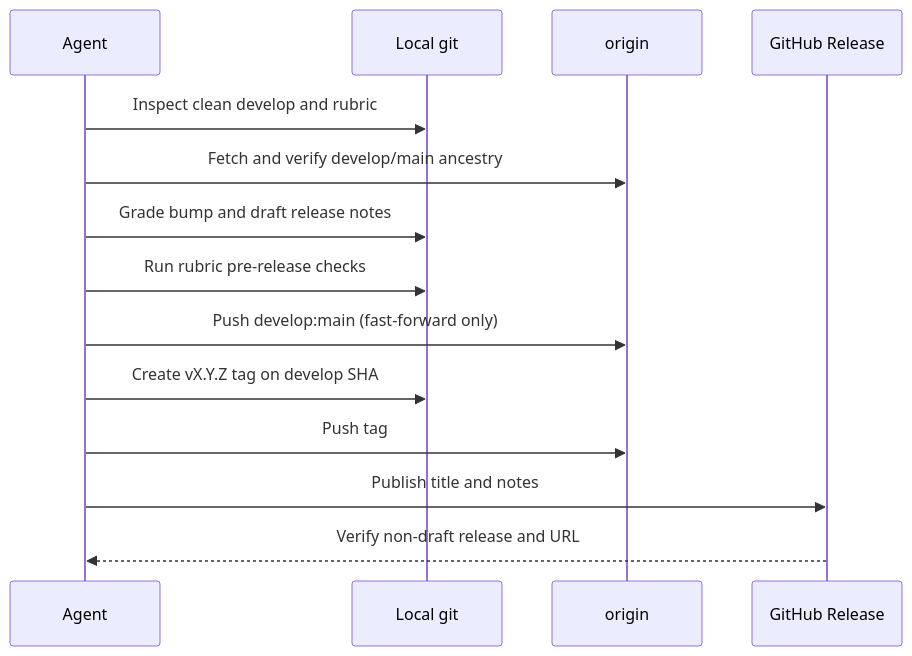
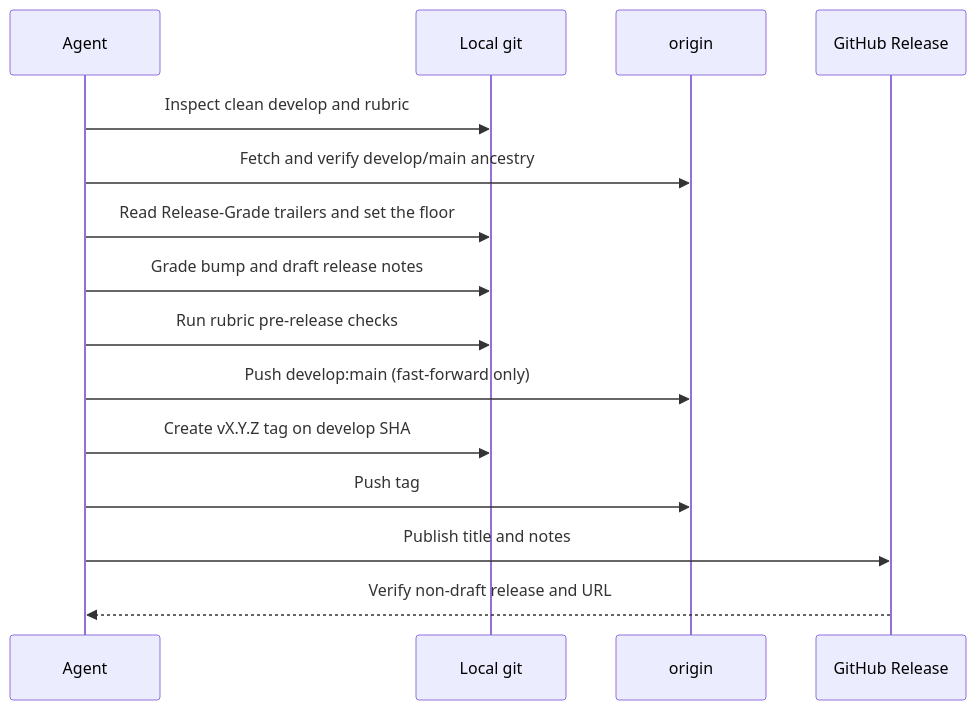
One commit to 0x0w1/jig changed the diagram in docs/en/skills/github-release.md. Above: the diagram before and after it, drawn with Mermaid. The commit also changed other lines of this file and 15 other files, not shown here.

````diff
--- a/docs/en/skills/github-release.md
+++ b/docs/en/skills/github-release.md
@@ -23,17 +23,18 @@
 ```mermaid
 sequenceDiagram
     participant Agent
     participant Local as Local git
     participant Origin as origin
     participant GitHub as GitHub Release
 
     Agent->>Local: Inspect clean develop and rubric
     Agent->>Origin: Fetch and verify develop/main ancestry
+    Agent->>Local: Read Release-Grade trailers and set the floor
     Agent->>Local: Grade bump and draft release notes
     Agent->>Local: Run rubric pre-release checks
     Agent->>Origin: Push develop:main (fast-forward only)
     Agent->>Local: Create vX.Y.Z tag on develop SHA
     Agent->>Origin: Push tag
     Agent->>GitHub: Publish title and notes
     GitHub-->>Agent: Verify non-draft release and URL
 ```
````
